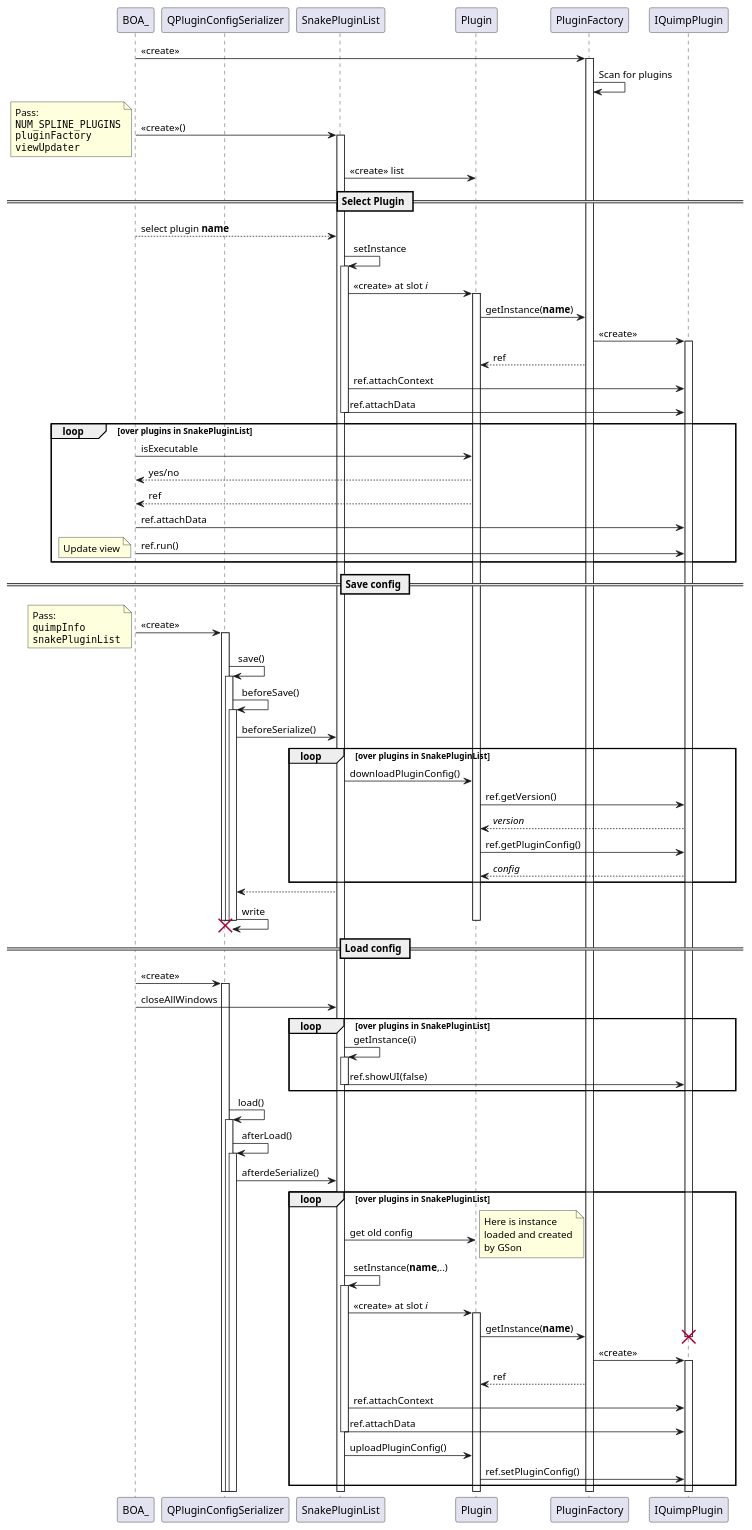
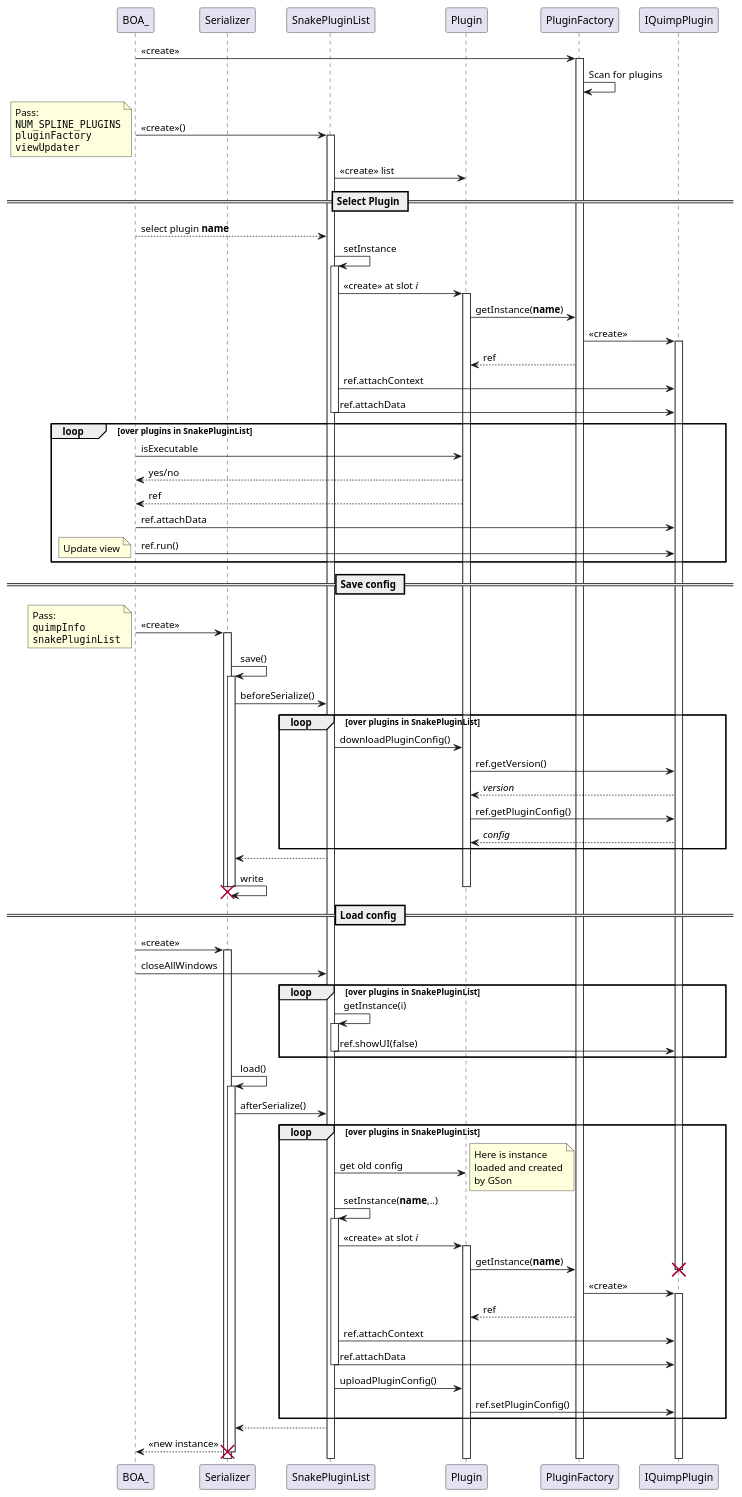
One commit to CellDynamics/QuimP changed the ninth of 9 diagrams in Doxygen_doc/SnakePlugin.md. Above: the diagram before and after it, drawn with PlantUML. The commit also changed other lines of this file and 4 other files, not shown here.

```diff
--- a/Doxygen_doc/SnakePlugin.md
+++ b/Doxygen_doc/SnakePlugin.md
@@ -297,6 +434,6 @@
 @startuml
 participant BOA_ as QuimP
-participant QPluginConfigSerializer as ser
+participant Serializer as ser
 participant SnakePluginList as plist
 participant Plugin as plugin
 participant PluginFactory as pfact
@@ -351,8 +488,6 @@
 endnote  
 ser->ser : save()
 activate ser
-ser->ser : beforeSave()
-activate ser
 ser->plist : beforeSerialize()
 loop over plugins in SnakePluginList
     plist->plugin : downloadPluginConfig()
@@ -364,7 +499,6 @@
 plist-->ser
 ser->ser : write
 
-deactivate ser
 deactivate ser
 destroy ser
 deactivate plugin
@@ -381,9 +515,7 @@
 end
 ser->ser : load()
 activate ser
-ser->ser : afterLoad()
-activate ser
-ser->plist : afterdeSerialize()
+ser->plist : afterSerialize()
 loop over plugins in SnakePluginList
     plist->plugin : get old config
     note right
@@ -406,4 +538,7 @@
     plist->plugin : uploadPluginConfig()
     plugin->iplugin : ref.setPluginConfig()
 end
+plist-->ser
+ser-->QuimP : <<new instance>>
+destroy ser
 @enduml
```
